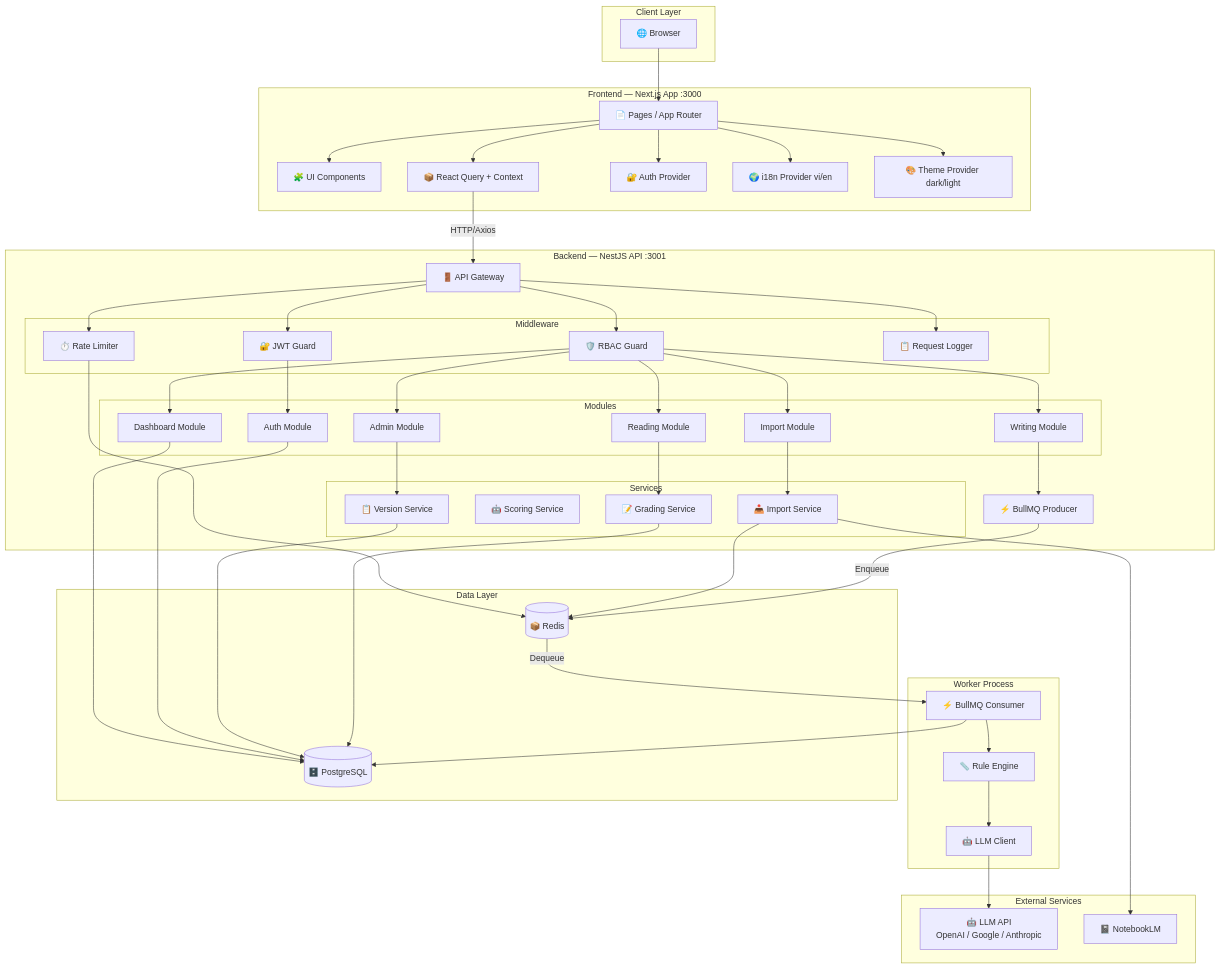
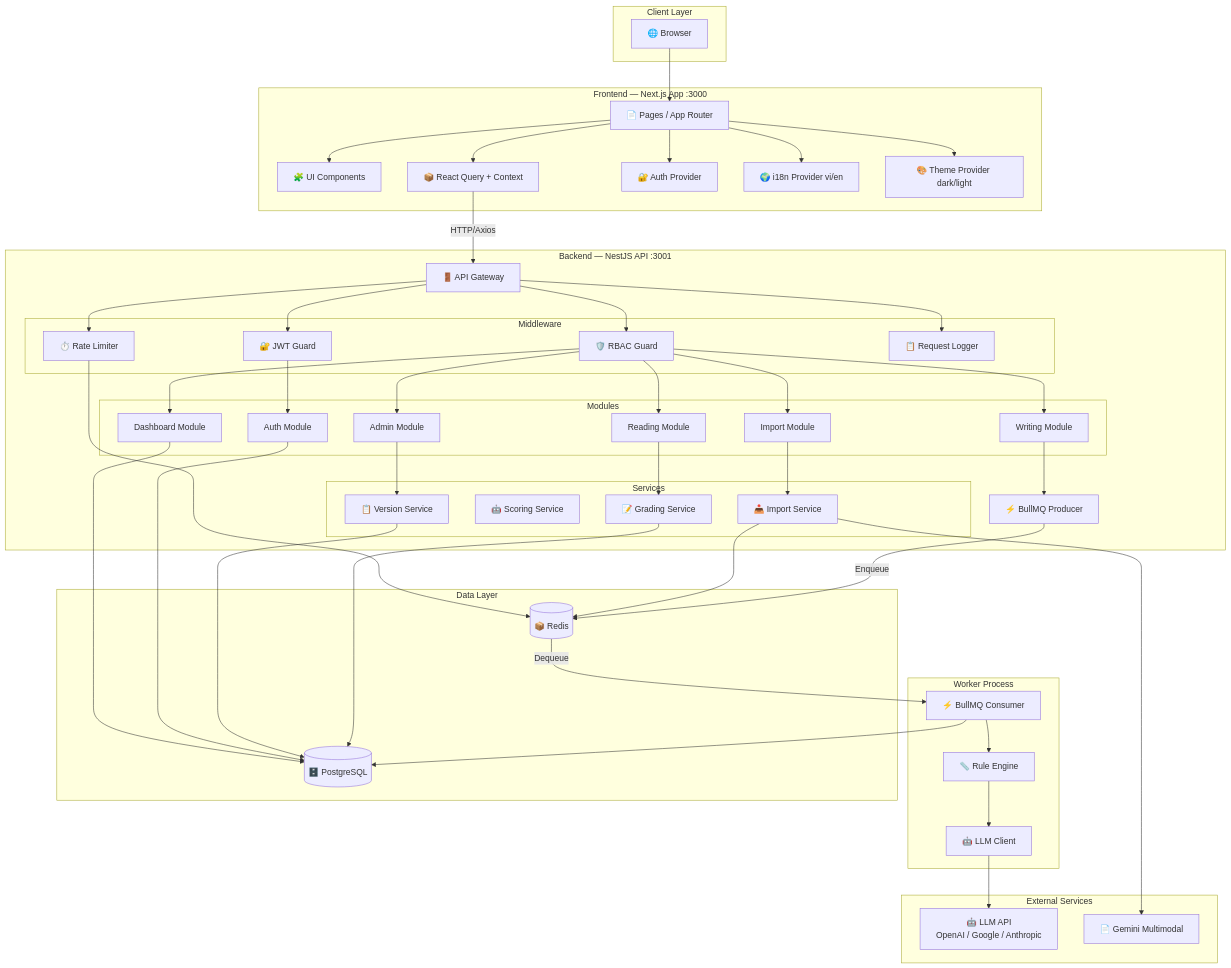
Before and after one commit to Ttuandatt/IELTS_Instructor: the first of 3 diagrams in docs/step3_prd/17_component_diagram.md, drawn with Mermaid. The commit also changed other lines of this file and 16 other files, not shown here.

First line of the commit message:
docs(prd): replace NotebookLM with DOCX/PDF import (Gemini multimodal)

```diff
--- a/docs/step3_prd/17_component_diagram.md
+++ b/docs/step3_prd/17_component_diagram.md
@@ -63,7 +67,7 @@
 
     subgraph "External Services"
         LLM_API[🤖 LLM API<br/>OpenAI / Google / Anthropic]
-        NLM[📓 NotebookLM]
+        GEM[📄 Gemini Multimodal]
     end
 
     Browser --> FE_Pages
@@ -98,7 +102,7 @@
     W_Consumer --> PG
 
     SVC_Grading --> PG
-    SVC_Import --> NLM
+    SVC_Import --> GEM
     SVC_Import --> RD
     SVC_Version --> PG
     MOD_Auth --> PG
```
